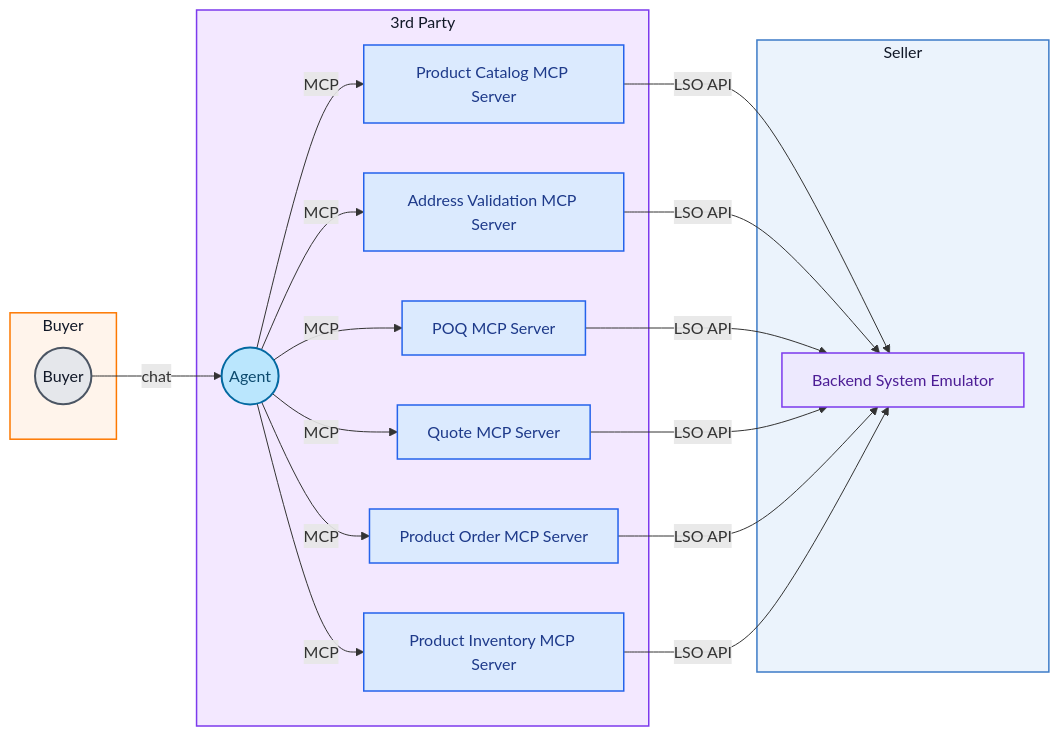
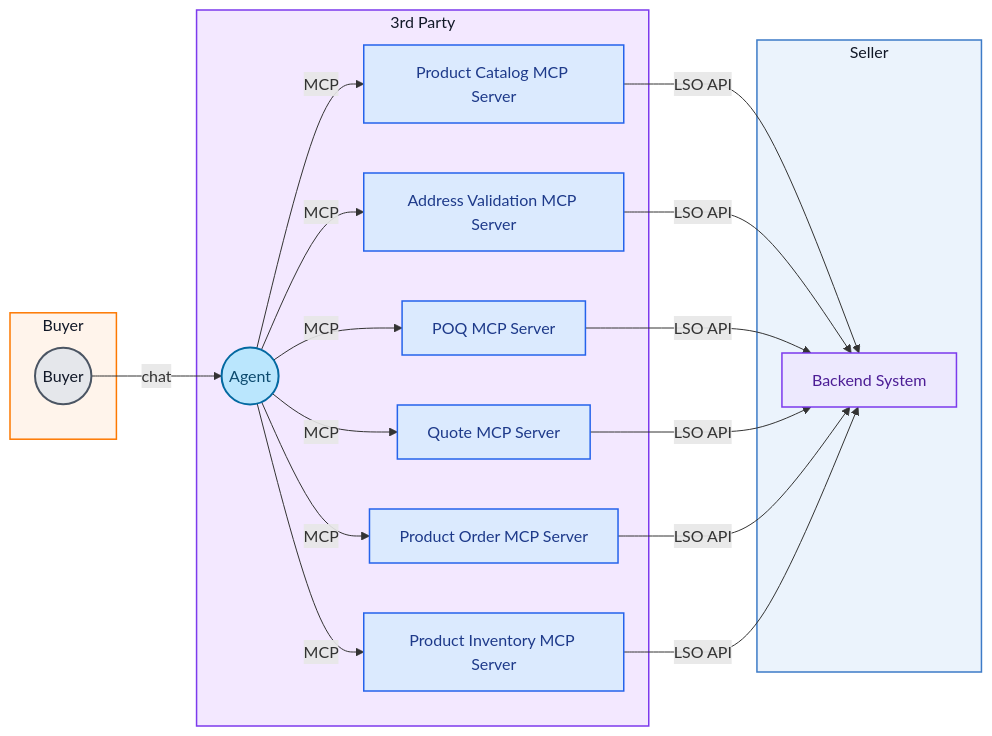
The diagram in Agentic LSO Framework Presentation/agentic_lso_use_case_5.mmd (mplify-products/agentic-lso-mplify), drawn with Mermaid before and after one commit. The commit also changed 20 other files, not shown here.

```diff
--- a/Agentic LSO Framework Presentation/agentic_lso_use_case_5.mmd
+++ b/Agentic LSO Framework Presentation/agentic_lso_use_case_5.mmd
@@ -1,49 +1,49 @@
 flowchart LR
     subgraph Buyer["Buyer"]
         BuyerUser((Buyer))
     end
 
     subgraph ThirdParty["3rd Party"]
         Agent((Agent))
 
         PC[Product Catalog MCP Server]
         AV[Address Validation MCP Server]
         POQ[POQ MCP Server]
         QUOTE[Quote MCP Server]
         ORDER[Product Order MCP Server]
         INV[Product Inventory MCP Server]
     end
 
     subgraph Seller["Seller"]
-        BSE[Backend System Emulator]
+        BSE[Backend System]
     end
 
     BuyerUser -->|chat| Agent
 
     Agent -->|MCP| PC
     Agent -->|MCP| AV
     Agent -->|MCP| POQ
     Agent -->|MCP| QUOTE
     Agent -->|MCP| ORDER
     Agent -->|MCP| INV
 
     PC -->|LSO API| BSE
     AV -->|LSO API| BSE
     POQ -->|LSO API| BSE
     QUOTE -->|LSO API| BSE
     ORDER -->|LSO API| BSE
     INV -->|LSO API| BSE
 
     classDef actor fill:#e5e7eb,stroke:#4b5563,color:#111827,stroke-width:2px;
     classDef agent fill:#bae6fd,stroke:#0369a1,color:#0c4a6e,stroke-width:2px;
     classDef mcp fill:#dbeafe,stroke:#2563eb,color:#1e3a8a,stroke-width:1.5px;
     classDef backend fill:#ede9fe,stroke:#7c3aed,color:#4c1d95,stroke-width:1.5px;
 
     class BuyerUser actor;
     class Agent agent;
     class PC,AV,POQ,QUOTE,ORDER,INV mcp;
     class BSE backend;
 
     style Buyer fill:#FFF4EB,stroke:#FD7801,stroke-width:1.5px,color:#111827
     style ThirdParty fill:#F3E8FF,stroke:#7C3AED,stroke-width:1.5px,color:#111827
     style Seller fill:#EBF3FC,stroke:#3D7BC7,stroke-width:1.5px,color:#111827
```
